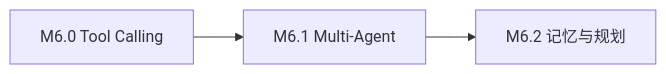
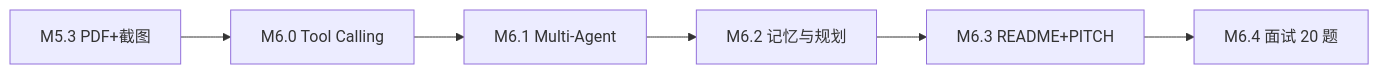
One commit to bigcabbag/ShipLog changed the diagram in docs/steps/M6-steps.md. Above: the diagram before and after it, drawn with Mermaid. The commit also changed other lines of this file and 11 other files, not shown here.

````diff
--- a/docs/steps/M6-steps.md
+++ b/docs/steps/M6-steps.md
@@ -11,5 +13,8 @@
 ```mermaid
 flowchart LR
-  M60[M6.0 Tool Calling] --> M61[M6.1 Multi-Agent]
+  M53[M5.3 PDF+截图] --> M60[M6.0 Tool Calling]
+  M60 --> M61[M6.1 Multi-Agent]
   M61 --> M62[M6.2 记忆与规划]
+  M62 --> M63[M6.3 README+PITCH]
+  M63 --> M64[M6.4 面试 20 题]
 ```
````
